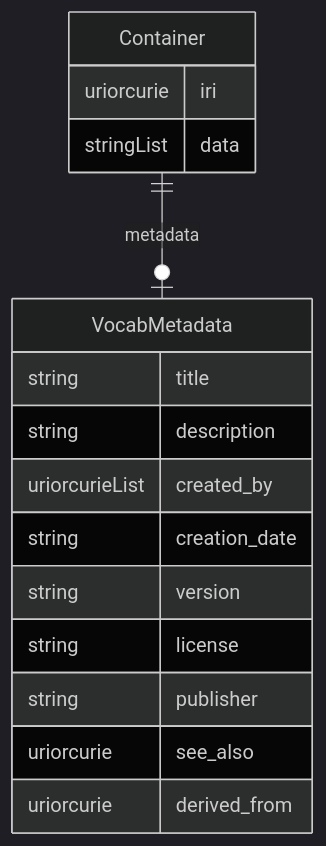
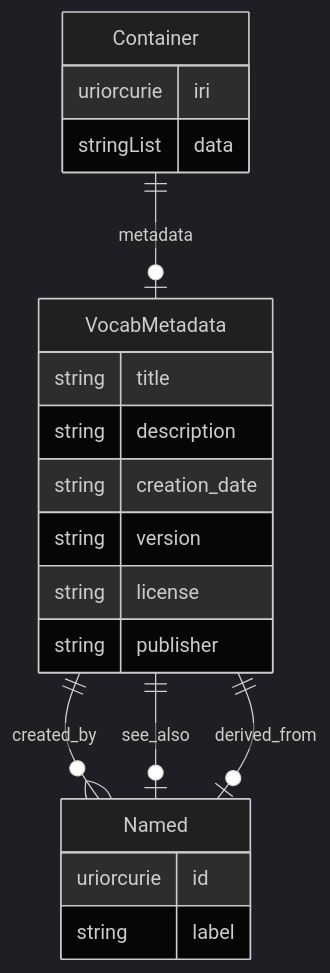
Before and after one commit to hubmapconsortium/hra-do-processor: diagram 17 of 18 in er-diagrams.md, drawn with Mermaid (dark theme). The commit also changed other lines of this file and 26 other files, not shown here.

````diff
--- a/er-diagrams.md
+++ b/er-diagrams.md
@@ -1269,21 +1281,25 @@
 ```mermaid
 erDiagram
 Container {
     uriorcurie iri  
     stringList data  
 }
 VocabMetadata {
     string title  
     string description  
-    uriorcurieList created_by  
     string creation_date  
     string version  
     string license  
     string publisher  
-    uriorcurie see_also  
-    uriorcurie derived_from  
+}
+Named {
+    uriorcurie id  
+    string label  
 }
 
 Container ||--|o VocabMetadata : "metadata"
+VocabMetadata ||--}o Named : "created_by"
+VocabMetadata ||--|o Named : "see_also"
+VocabMetadata ||--|o Named : "derived_from"
 
 ```
````
